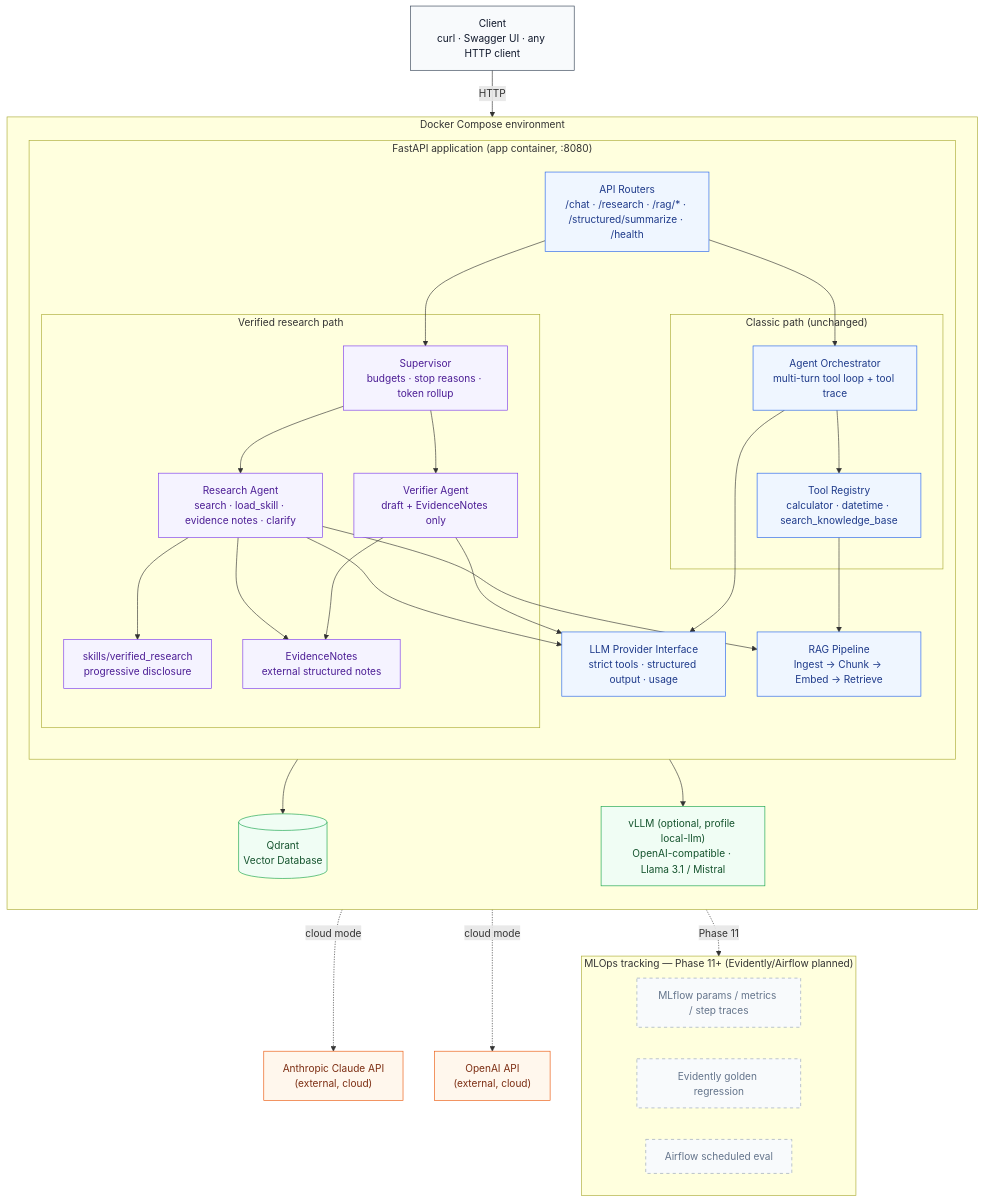
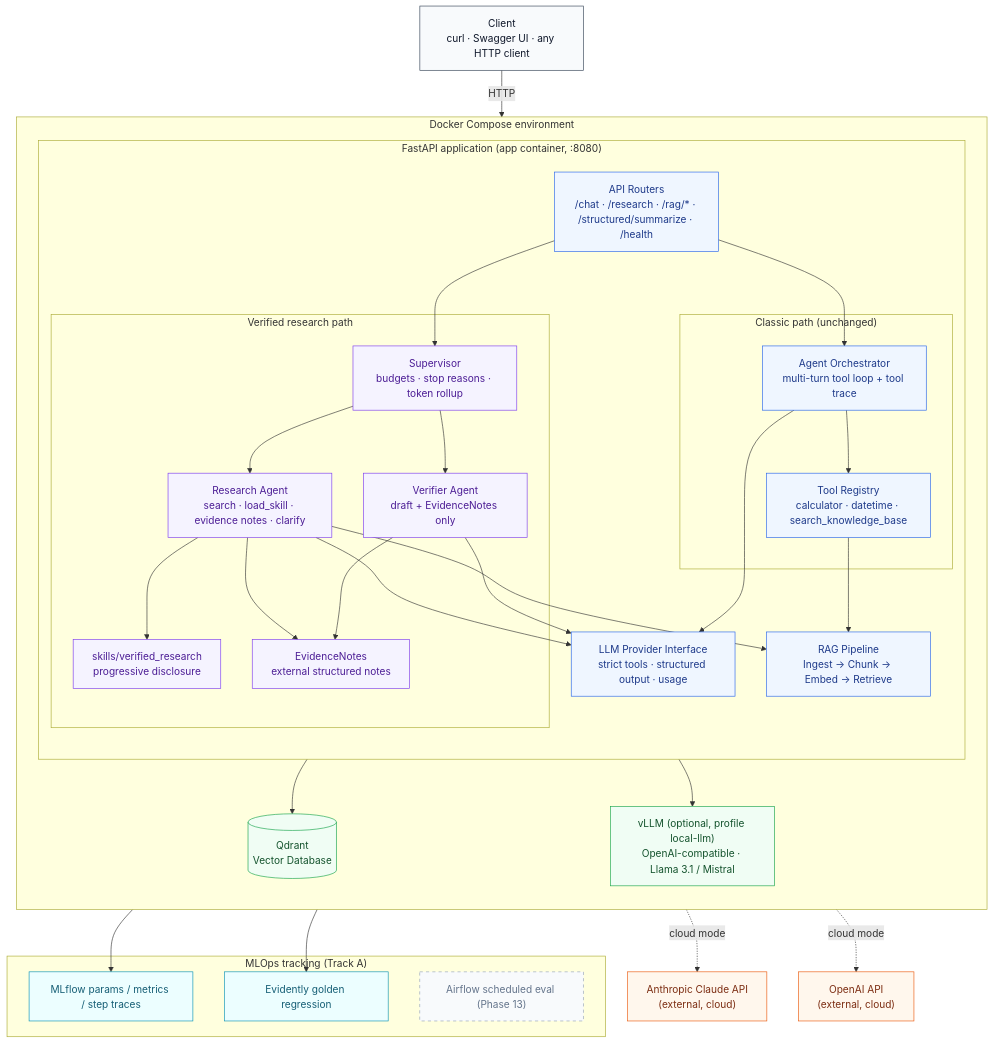
One commit to clerisy47/AI-Assistant changed the diagram in README.md. Above: the diagram before and after it, drawn with Mermaid. The commit also changed other lines of this file and 11 other files, not shown here.

First line of the commit message:
feat(mlops): add Evidently golden-set regression and promotion gate

````diff
--- a/README.md
+++ b/README.md
@@ -27,78 +27,81 @@
 ```mermaid
 flowchart TB
     Client["Client<br/>curl · Swagger UI · any HTTP client"]
 
     subgraph Compose["Docker Compose environment"]
         direction TB
 
         subgraph FastAPIApp["FastAPI application (app container, :8080)"]
             direction TB
             Routers["API Routers<br/>/chat · /research · /rag/* · /structured/summarize · /health"]
 
             subgraph Classic["Classic path (unchanged)"]
                 Orchestrator["Agent Orchestrator<br/>multi-turn tool loop + tool trace"]
                 ChatTools["Tool Registry<br/>calculator · datetime · search_knowledge_base"]
             end
 
             subgraph ResearchPath["Verified research path"]
                 Supervisor["Supervisor<br/>budgets · stop reasons · token rollup"]
                 Research["Research Agent<br/>search · load_skill · evidence notes · clarify"]
                 Verifier["Verifier Agent<br/>draft + EvidenceNotes only"]
                 Skill["skills/verified_research<br/>progressive disclosure"]
                 Notes["EvidenceNotes<br/>external structured notes"]
             end
 
             LLMIface["LLM Provider Interface<br/>strict tools · structured output · usage"]
             RAG["RAG Pipeline<br/>Ingest → Chunk → Embed → Retrieve"]
 
             Routers --> Orchestrator
             Routers --> Supervisor
             Orchestrator --> ChatTools
             Orchestrator --> LLMIface
             ChatTools --> RAG
 
             Supervisor --> Research
             Supervisor --> Verifier
             Research --> Skill
             Research --> Notes
             Verifier --> Notes
             Research --> LLMIface
             Verifier --> LLMIface
             Research --> RAG
         end
 
         Qdrant[("Qdrant<br/>Vector Database")]
         VLLM["vLLM (optional, profile local-llm)<br/>OpenAI-compatible · Llama 3.1 / Mistral"]
 
         RAG --> Qdrant
         LLMIface --> VLLM
     end
 
     Anthropic["Anthropic Claude API<br/>(external, cloud)"]
     OpenAI["OpenAI API<br/>(external, cloud)"]
 
-    subgraph MLOpsStub["MLOps tracking — Phase 11+ (Evidently/Airflow planned)"]
-        MLflowStub["MLflow params / metrics / step traces"]
-        EvidentlyStub["Evidently golden regression"]
-        AirflowStub["Airflow scheduled eval"]
+    subgraph MLOpsTrack["MLOps tracking (Track A)"]
+        MLflowBox["MLflow params / metrics / step traces"]
+        EvidentlyBox["Evidently golden regression"]
+        AirflowStub["Airflow scheduled eval (Phase 13)"]
     end
 
     Client -- HTTP --> Routers
     LLMIface -. cloud mode .-> Anthropic
     LLMIface -. cloud mode .-> OpenAI
-    Supervisor -. Phase 11 .-> MLOpsStub
+    Supervisor --> MLflowBox
+    Supervisor --> EvidentlyBox
 
     classDef app fill:#eff6ff,stroke:#2563eb,color:#1e3a8a;
     classDef container fill:#f0fdf4,stroke:#16a34a,color:#14532d;
     classDef cloud fill:#fff7ed,stroke:#ea580c,color:#7c2d12;
     classDef client fill:#f8fafc,stroke:#334155,color:#0f172a;
     classDef research fill:#f5f3ff,stroke:#7c3aed,color:#4c1d95;
     classDef stub fill:#f8fafc,stroke:#94a3b8,color:#64748b,stroke-dasharray: 5 5;
+    classDef mlops fill:#ecfeff,stroke:#0891b2,color:#155e75;
 
     class Client client;
     class Routers,Orchestrator,ChatTools,LLMIface,RAG app;
     class Supervisor,Research,Verifier,Skill,Notes research;
     class Qdrant,VLLM container;
     class Anthropic,OpenAI cloud;
-    class MLflowStub,EvidentlyStub,AirflowStub stub;
+    class MLflowBox,EvidentlyBox mlops;
+    class AirflowStub stub;
 ```
````
